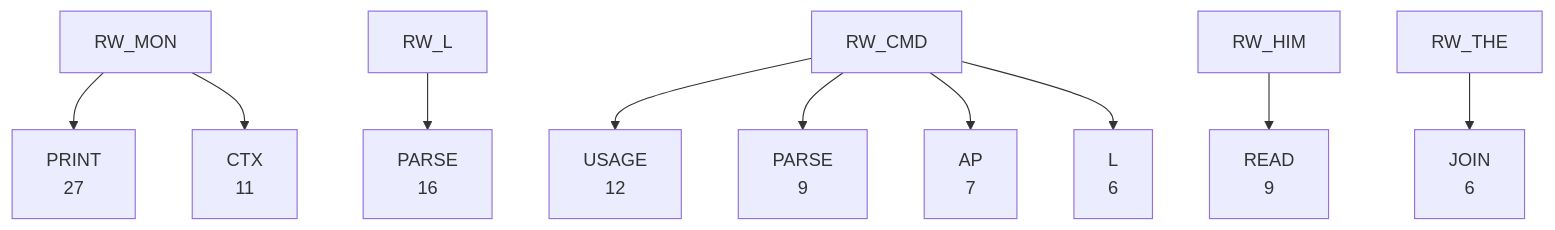
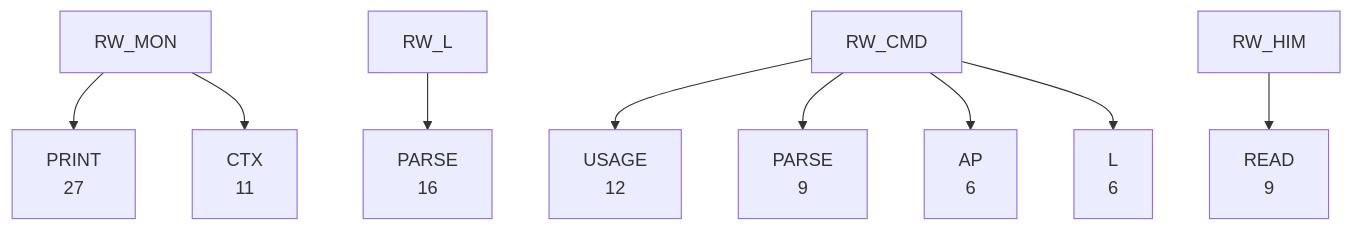
The third of 8 diagrams in DOC/GENERATED/ROUTINE_WORD_TREE.md (95westus/R-YORS), drawn with Mermaid before and after one commit. The commit also changed other lines of this file and 29 other files, not shown here.

````diff
--- a/DOC/GENERATED/ROUTINE_WORD_TREE.md
+++ b/DOC/GENERATED/ROUTINE_WORD_TREE.md
@@ -46,12 +47,11 @@
 ```mermaid
 flowchart TD
     RW_MON --> RW_MON_PRINT["PRINT<br/>27"]
     RW_L --> RW_L_PARSE["PARSE<br/>16"]
     RW_CMD --> RW_CMD_USAGE["USAGE<br/>12"]
     RW_MON --> RW_MON_CTX["CTX<br/>11"]
     RW_CMD --> RW_CMD_PARSE["PARSE<br/>9"]
     RW_HIM --> RW_HIM_READ["READ<br/>9"]
-    RW_CMD --> RW_CMD_AP["AP<br/>7"]
+    RW_CMD --> RW_CMD_AP["AP<br/>6"]
     RW_CMD --> RW_CMD_L["L<br/>6"]
-    RW_THE --> RW_THE_JOIN["JOIN<br/>6"]
 ```
````
